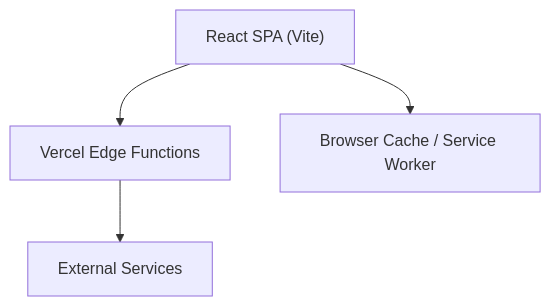
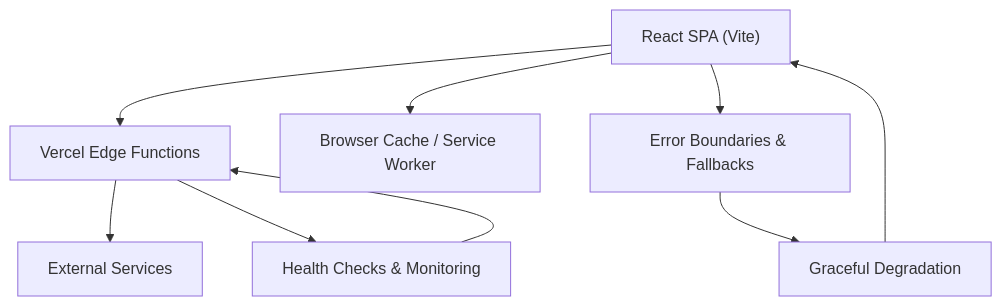
One commit to zmyeo54/briefroom changed the eighth of 9 diagrams in .qoder/repowiki/en/content/Architecture Overview/Architecture Overview.md. Above: the diagram before and after it, drawn with Mermaid. The commit also changed other lines of this file and 7 other files, not shown here.

````diff
--- a/.qoder/repowiki/en/content/Architecture Overview/Architecture Overview.md
+++ b/.qoder/repowiki/en/content/Architecture Overview/Architecture Overview.md
@@ -288,6 +399,11 @@
 ```mermaid
 graph TB
 FE["React SPA (Vite)"] --> API["Vercel Edge Functions"]
 API --> EXT["External Services"]
 FE --> CACHE["Browser Cache / Service Worker"]
+FE --> ERRORS["Error Boundaries & Fallbacks"]
+API --> HEALTH["Health Checks & Monitoring"]
+ERRORS --> DEGRADATION["Graceful Degradation"]
+DEGRADATION --> FE
+HEALTH --> API
 ```
````
